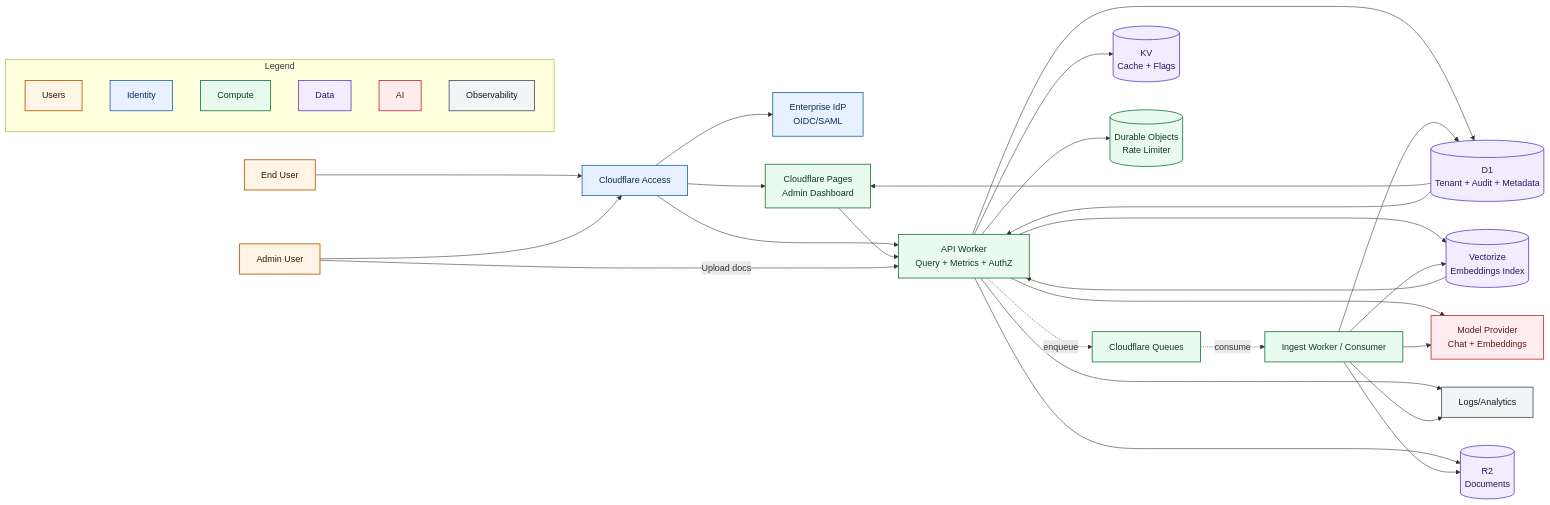
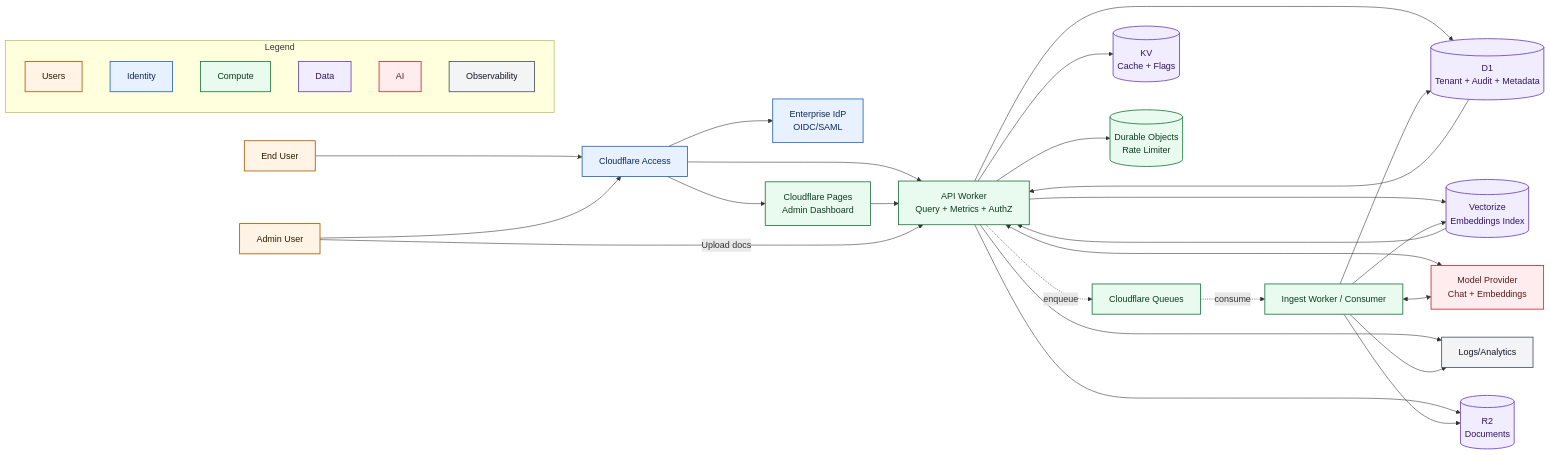
One commit to schradermade/compliance-assistant changed the diagram in docs/architecture.md. Above: the diagram before and after it, drawn with Mermaid. The commit also changed 2 other files, not shown here.

Commit message:
docs(diagram): update architecture to finished-state interaction flows

````diff
--- a/docs/architecture.md
+++ b/docs/architecture.md
@@ -16,76 +16,75 @@
 ```mermaid
 flowchart LR
   user[End User]
   admin[Admin User]
   idp[Enterprise IdP<br/>OIDC/SAML]
   access[Cloudflare Access]
   pages[Cloudflare Pages<br/>Admin Dashboard]
   api[API Worker<br/>Query + Metrics + AuthZ]
   queue[Cloudflare Queues]
   ingest[Ingest Worker / Consumer]
   r2[(R2<br/>Documents)]
   vec[(Vectorize<br/>Embeddings Index)]
   d1[(D1<br/>Tenant + Audit + Metadata)]
   kv[(KV<br/>Cache + Flags)]
   do[(Durable Objects<br/>Rate Limiter)]
   llm[Model Provider<br/>Chat + Embeddings]
   logs[Logs/Analytics]
 
   user --> access
   admin --> access
   access --> idp
   access --> pages
   access --> api
 
   pages --> api
 
   api --> do
   api --> kv
   api --> d1
   api --> vec
-  api --> llm
+  api <--> llm
   api --> logs
 
   admin -->|Upload docs| api
   api --> r2
   api -. enqueue .-> queue
   queue -. consume .-> ingest
   ingest --> r2
-  ingest --> llm
+  ingest <--> llm
   ingest --> vec
   ingest --> d1
   ingest --> logs
 
   vec --> api
-  d1 --> pages
   d1 --> api
 
   subgraph legend[Legend]
     l1[Users]
     l2[Identity]
     l3[Compute]
     l4[Data]
     l5[AI]
     l6[Observability]
   end
 
   classDef users fill:#FFF4E5,stroke:#B65A00,stroke-width:1.5px,color:#2D1B00;
   classDef identity fill:#E8F1FF,stroke:#2A66B7,stroke-width:1.5px,color:#0E2A57;
   classDef compute fill:#E9FBEF,stroke:#1F7A3F,stroke-width:1.5px,color:#0D3B1E;
   classDef data fill:#F2ECFF,stroke:#6B46C1,stroke-width:1.5px,color:#2E1760;
   classDef ai fill:#FFECEE,stroke:#C53030,stroke-width:1.5px,color:#5C1A1A;
   classDef ops fill:#F3F4F6,stroke:#4B5563,stroke-width:1.5px,color:#111827;
 
   class user,admin users;
   class idp,access identity;
   class api,pages,ingest,queue,do compute;
   class r2,vec,d1,kv data;
   class llm ai;
   class logs ops;
   class l1 users;
   class l2 identity;
   class l3 compute;
   class l4 data;
   class l5 ai;
   class l6 ops;
 ```
````
